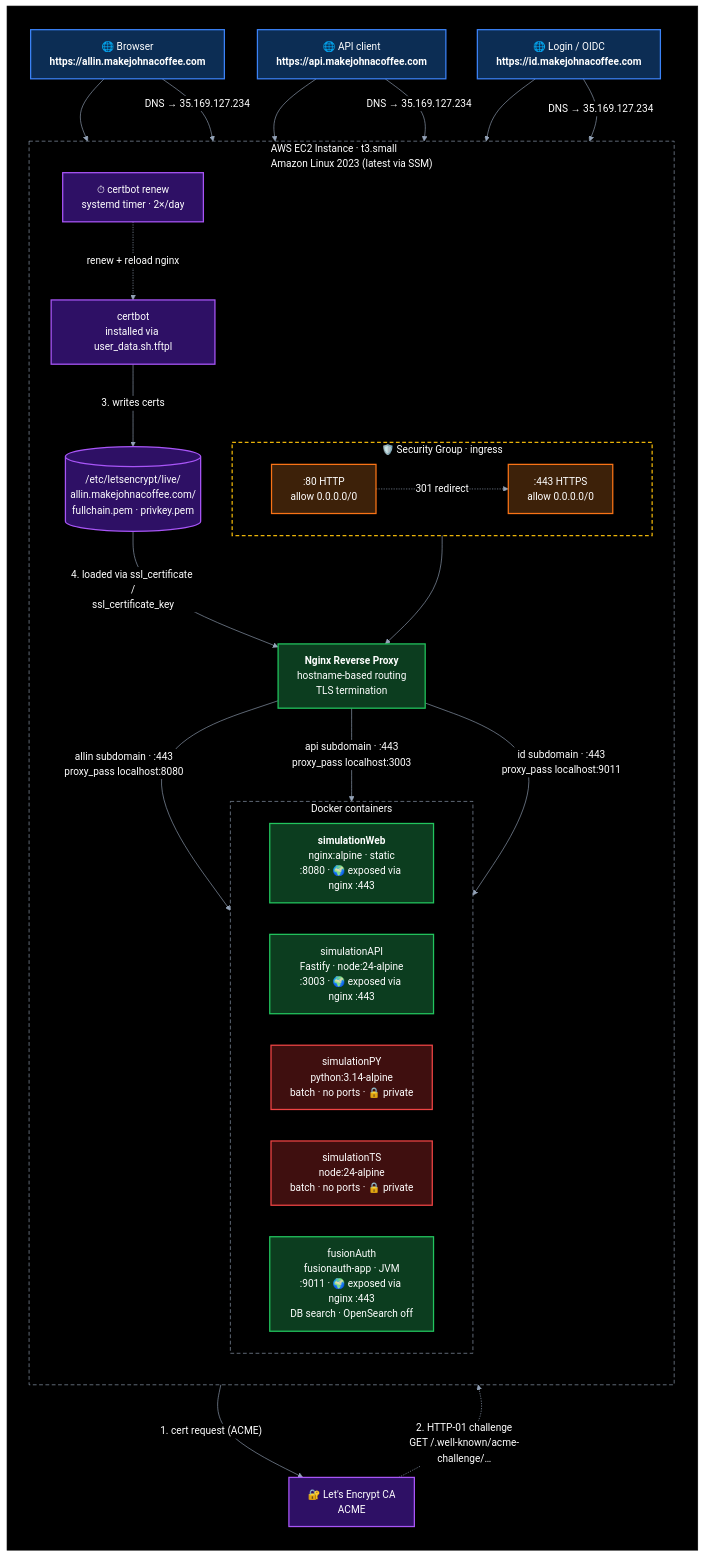
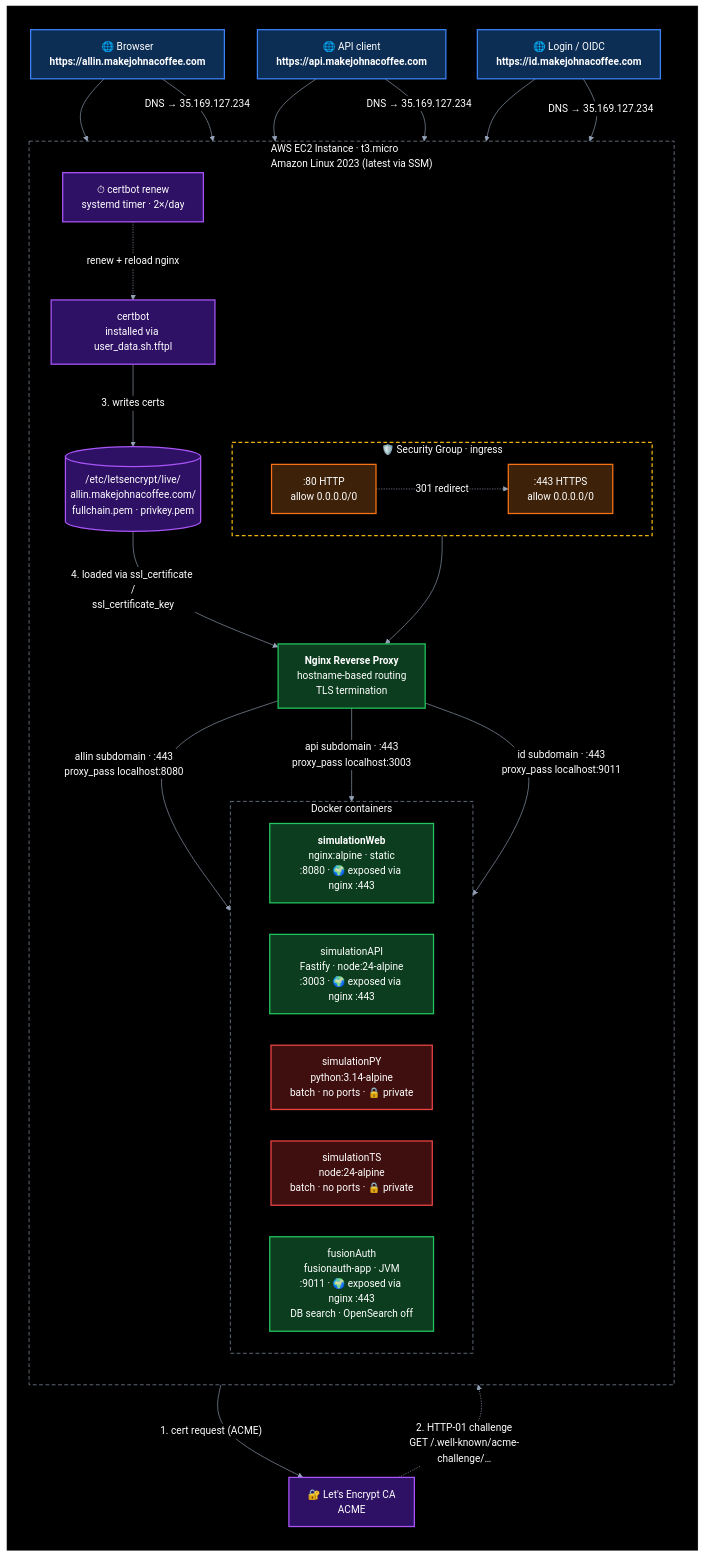
The diagram in README.md (jbframe/big-equity), drawn with Mermaid before and after one commit. The commit also changed 6 other files, not shown here.

````diff
--- a/README.md
+++ b/README.md
@@ -38,76 +38,76 @@
 ```mermaid
 %%{init: {'themeVariables': {'edgeLabelBackground': '#000000'}}}%%
 graph TD
     subgraph BG[" "]
     direction TB
     Client["🌐 Browser<br/><b>https://allin.makejohnacoffee.com</b>"]
     APIClient["🌐 API client<br/><b>https://api.makejohnacoffee.com</b>"]
     AuthClient["🌐 Login / OIDC<br/><b>https://id.makejohnacoffee.com</b>"]
     LE["🔐 Let's Encrypt CA<br/>ACME"]
 
     Client --> Port80
     Client -- "DNS → 35.169.127.234" --> Port443
     APIClient --> Port80
     APIClient -- "DNS → 35.169.127.234" --> Port443
     AuthClient --> Port80
     AuthClient -- "DNS → 35.169.127.234" --> Port443
 
-    subgraph EC2["AWS EC2 Instance · t3.small<br/>Amazon Linux 2023 (latest via SSM)"]
+    subgraph EC2["AWS EC2 Instance · t3.micro<br/>Amazon Linux 2023 (latest via SSM)"]
         direction TB
 
         subgraph SG["🛡️ Security Group · ingress"]
             direction LR
             Port80[":80 HTTP<br/>allow 0.0.0.0/0"]
             Port443[":443 HTTPS<br/>allow 0.0.0.0/0"]
         end
         Port80 -. "301 redirect" .-> Port443
 
         Nginx["<b>Nginx Reverse Proxy</b><br/>hostname-based routing<br/>TLS termination"]
         Port443 --> Nginx
 
         Certbot["certbot<br/>installed via user_data.sh.tftpl"]
         Certs[("/etc/letsencrypt/live/<br/>allin.makejohnacoffee.com/<br/>fullchain.pem · privkey.pem")]
         Timer["⏱ certbot renew<br/>systemd timer · 2×/day"]
 
         subgraph Docker["Docker containers"]
             direction LR
             Web["<b>simulationWeb</b><br/>nginx:alpine · static<br/>:8080 · 🌍 exposed via nginx :443"]
             API["simulationAPI<br/>Fastify · node:24-alpine<br/>:3003 · 🌍 exposed via nginx :443"]
             PY["simulationPY<br/>python:3.14-alpine<br/>batch · no ports · 🔒 private"]
             TS["simulationTS<br/>node:24-alpine<br/>batch · no ports · 🔒 private"]
             Auth["fusionAuth<br/>fusionauth-app · JVM<br/>:9011 · 🌍 exposed via nginx :443<br/>DB search · OpenSearch off"]
         end
 
         Nginx -- "allin subdomain · :443<br/>proxy_pass localhost:8080" --> Web
         Nginx -- "api subdomain · :443<br/>proxy_pass localhost:3003" --> API
         Nginx -- "id subdomain · :443<br/>proxy_pass localhost:9011" --> Auth
     end
 
     Certbot -- "1. cert request (ACME)" --> LE
     LE -. "2. HTTP-01 challenge<br/>GET /.well-known/acme-challenge/…" .-> Port80
     Certbot -- "3. writes certs" --> Certs
     Certs -- "4. loaded via ssl_certificate /<br/>ssl_certificate_key" --> Nginx
     Timer -. "renew + reload nginx" .-> Certbot
     end
 
     style BG fill:#000000,stroke:#000000
     style Client fill:#0c2d54,stroke:#3b82f6,stroke-width:2px,color:#ffffff
     style APIClient fill:#0c2d54,stroke:#3b82f6,stroke-width:2px,color:#ffffff
     style AuthClient fill:#0c2d54,stroke:#3b82f6,stroke-width:2px,color:#ffffff
     style LE fill:#2e1065,stroke:#a855f7,stroke-width:2px,color:#ffffff
     style Port80 fill:#3d2109,stroke:#f97316,stroke-width:2px,color:#ffffff
     style Port443 fill:#3d2109,stroke:#f97316,stroke-width:2px,color:#ffffff
     style Nginx fill:#0c3d1f,stroke:#22c55e,stroke-width:2px,color:#ffffff
     style Web fill:#0c3d1f,stroke:#22c55e,stroke-width:2px,color:#ffffff
     style API fill:#0c3d1f,stroke:#22c55e,stroke-width:2px,color:#ffffff
     style Auth fill:#0c3d1f,stroke:#22c55e,stroke-width:2px,color:#ffffff
     style PY fill:#3f0f0f,stroke:#ef4444,stroke-width:2px,color:#ffffff
     style TS fill:#3f0f0f,stroke:#ef4444,stroke-width:2px,color:#ffffff
     style Certbot fill:#2e1065,stroke:#a855f7,stroke-width:2px,color:#ffffff
     style Certs fill:#2e1065,stroke:#a855f7,stroke-width:2px,color:#ffffff
     style Timer fill:#2e1065,stroke:#a855f7,stroke-width:2px,color:#ffffff
     style EC2 fill:transparent,stroke:#94a3b8,stroke-dasharray:6 4,color:#ffffff
     style SG fill:transparent,stroke:#eab308,stroke-dasharray:6 4,stroke-width:2px,color:#ffffff
     style Docker fill:transparent,stroke:#94a3b8,stroke-dasharray:6 4,color:#ffffff
     linkStyle default stroke:#94a3b8,color:#ffffff
 ```
````
